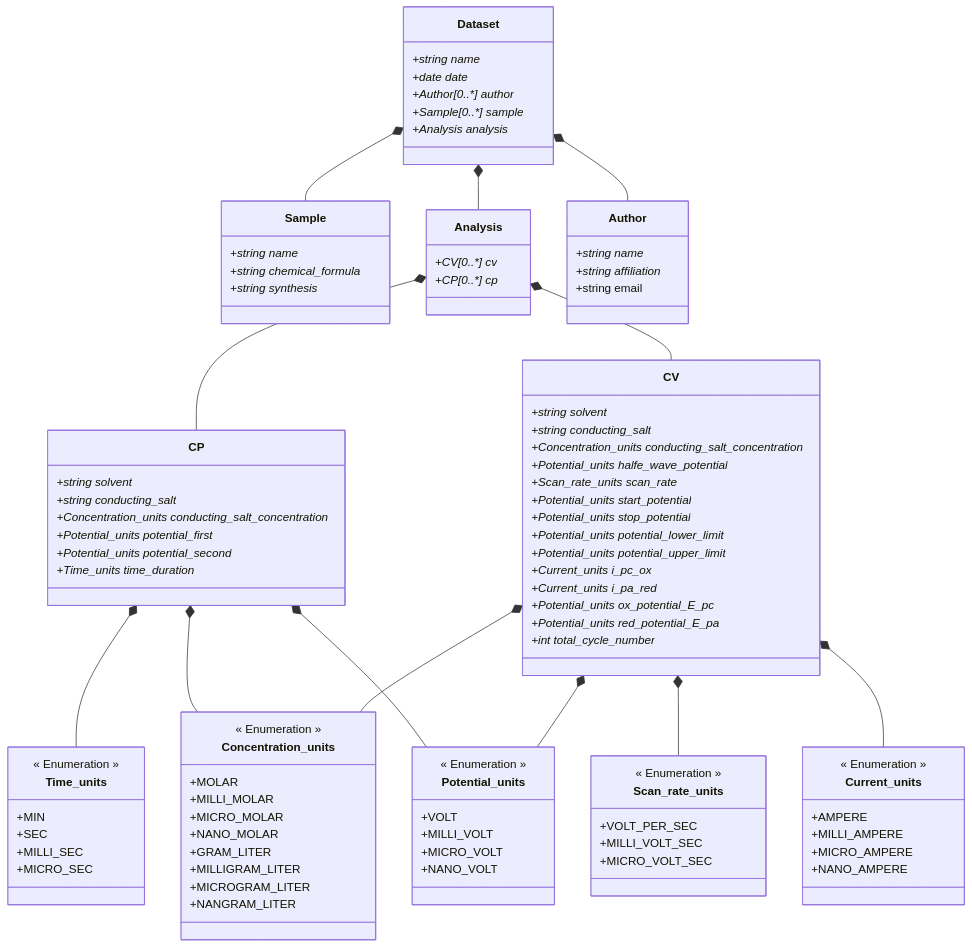
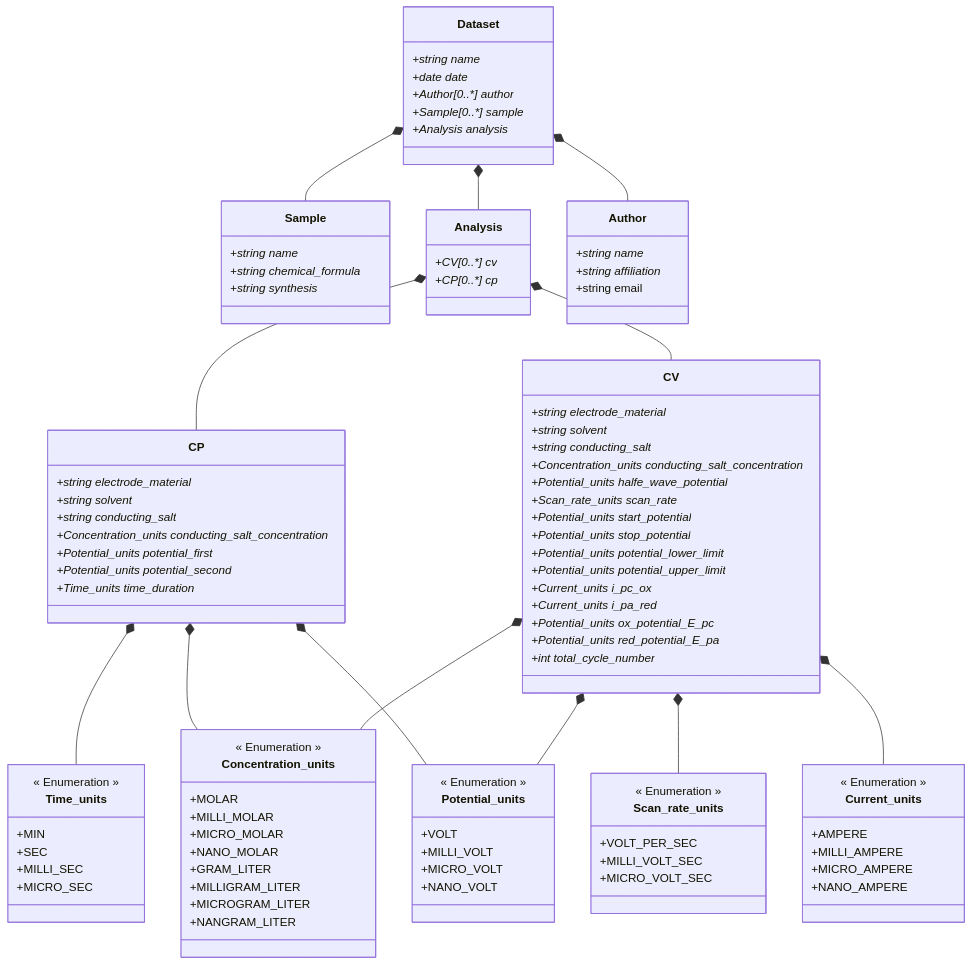
One commit to FAIRChemistry/datamodel-electrochemistry changed the diagram in ElectrochemistryDataModel/schemes/electrochemistrydatamodel_schema.md. Above: the diagram before and after it, drawn with Mermaid. The commit also changed 7 other files, not shown here.

```diff
--- a/ElectrochemistryDataModel/schemes/electrochemistrydatamodel_schema.md
+++ b/ElectrochemistryDataModel/schemes/electrochemistrydatamodel_schema.md
@@ -33,6 +33,7 @@
     }
     
     class CP {
+        +string electrode_material*
         +string solvent*
         +string conducting_salt*
         +Concentration_units conducting_salt_concentration*
@@ -42,6 +43,7 @@
     }
     
     class CV {
+        +string electrode_material*
         +string solvent*
         +string conducting_salt*
         +Concentration_units conducting_salt_concentration*
```
